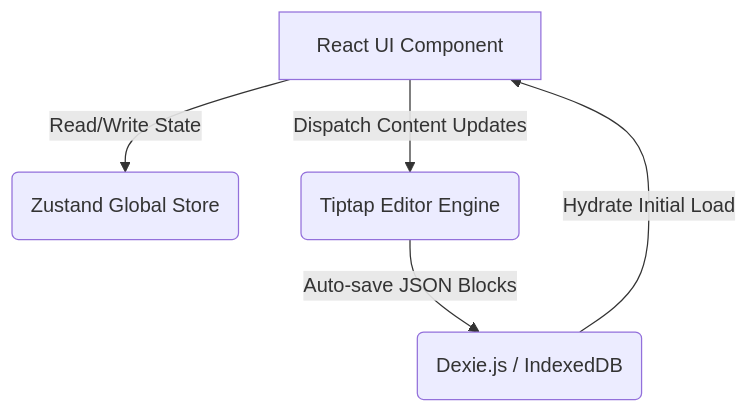
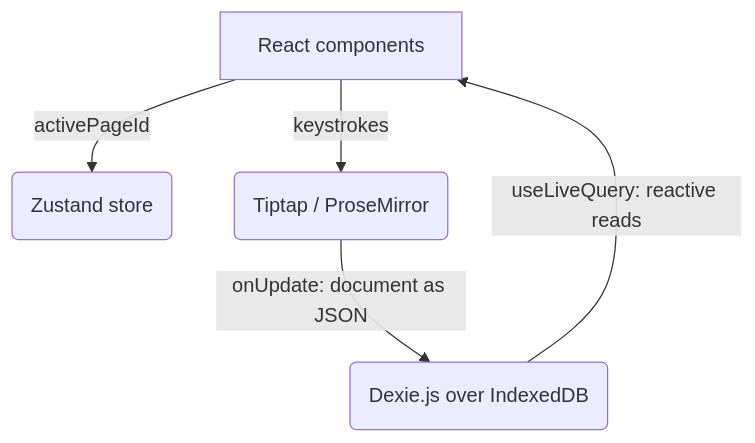
One commit to liminal-cipher/ephemeris changed the diagram in README.md. Above: the diagram before and after it, drawn with Mermaid. The commit also changed other lines of this file and 1 other file, not shown here.

````diff
--- a/README.md
+++ b/README.md
@@ -20,7 +27,7 @@
 ```mermaid
 graph TD
-    A[React UI Component] -->|Read/Write State| B(Zustand Global Store)
-    A -->|Dispatch Content Updates| C(Tiptap Editor Engine)
-    C -->|Auto-save JSON Blocks| D(Dexie.js / IndexedDB)
-    D -->|Hydrate Initial Load| A
+    A[React components] -->|activePageId| B(Zustand store)
+    A -->|keystrokes| C(Tiptap / ProseMirror)
+    C -->|onUpdate: document as JSON| D(Dexie.js over IndexedDB)
+    D -->|useLiveQuery: reactive reads| A
 ```
````
